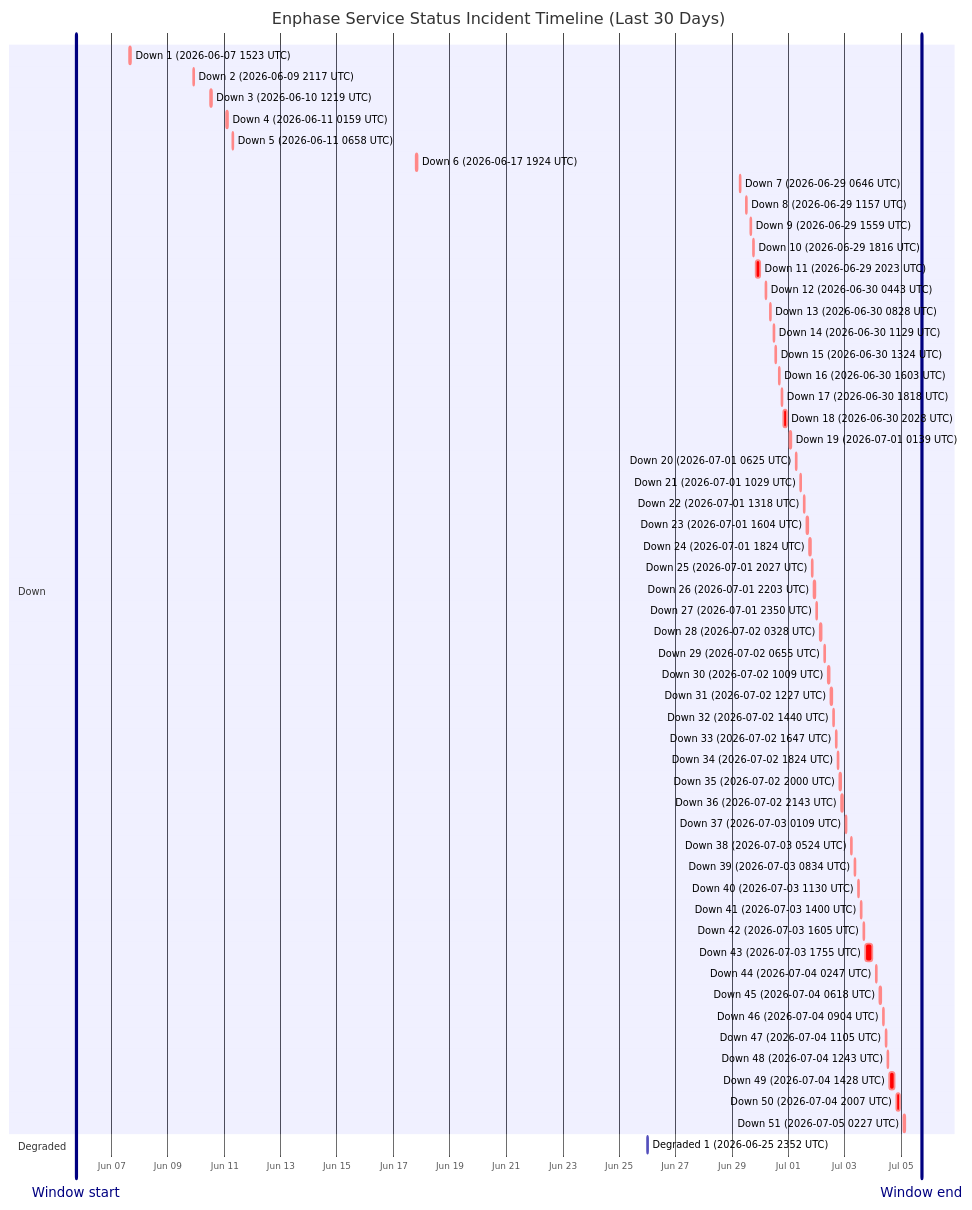
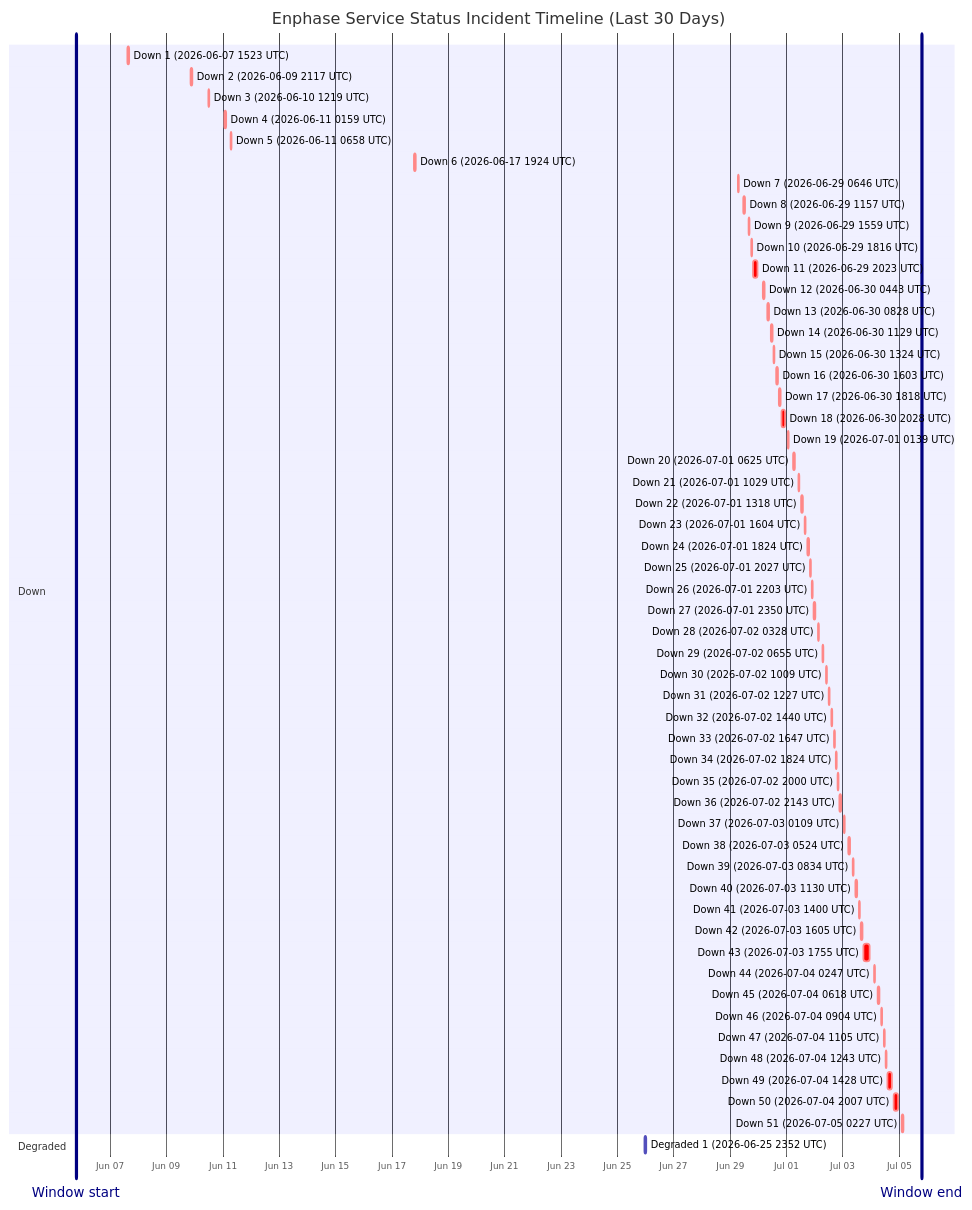
The diagram in wiki/Service-Status-History.md (barneyonline/ha-enphase-energy), drawn with Mermaid before and after one commit. The commit also changed other lines of this file and 3 other files, not shown here.

````diff
--- a/wiki/Service-Status-History.md
+++ b/wiki/Service-Status-History.md
@@ -14,62 +14,62 @@
 ```mermaid
 gantt
     title Enphase Service Status Incident Timeline (Last 30 Days)
     dateFormat  YYYY-MM-DDTHH:mm:ss
     axisFormat  %b %d
-    Window start :vert, window-start, 2026-06-05T17:35:36, 0ms
-    Window end :vert, window-end, 2026-07-05T17:35:36, 0ms
+    Window start :vert, window-start, 2026-06-05T19:15:35, 0ms
+    Window end :vert, window-end, 2026-07-05T19:15:35, 0ms
     section Down
     Down 1 (2026-06-07 1523 UTC) :crit, down-1, 2026-06-07T15:23:22, 87m
     Down 2 (2026-06-09 2117 UTC) :crit, down-2, 2026-06-09T21:17:17, 60m
     Down 3 (2026-06-10 1219 UTC) :crit, down-3, 2026-06-10T12:19:21, 60m
     Down 4 (2026-06-11 0159 UTC) :crit, down-4, 2026-06-11T01:59:36, 60m
     Down 5 (2026-06-11 0658 UTC) :crit, down-5, 2026-06-11T06:58:45, 60m
     Down 6 (2026-06-17 1924 UTC) :crit, down-6, 2026-06-17T19:24:51, 60m
     Down 7 (2026-06-29 0646 UTC) :crit, down-7, 2026-06-29T06:46:18, 60m
     Down 8 (2026-06-29 1157 UTC) :crit, down-8, 2026-06-29T11:57:36, 60m
     Down 9 (2026-06-29 1559 UTC) :crit, down-9, 2026-06-29T15:59:02, 60m
     Down 10 (2026-06-29 1816 UTC) :crit, down-10, 2026-06-29T18:16:38, 60m
     Down 11 (2026-06-29 2023 UTC) :crit, down-11, 2026-06-29T20:23:16, 220m
     Down 12 (2026-06-30 0443 UTC) :crit, down-12, 2026-06-30T04:43:54, 60m
     Down 13 (2026-06-30 0828 UTC) :crit, down-13, 2026-06-30T08:28:43, 60m
     Down 14 (2026-06-30 1129 UTC) :crit, down-14, 2026-06-30T11:29:15, 60m
     Down 15 (2026-06-30 1324 UTC) :crit, down-15, 2026-06-30T13:24:25, 60m
     Down 16 (2026-06-30 1603 UTC) :crit, down-16, 2026-06-30T16:03:26, 60m
     Down 17 (2026-06-30 1818 UTC) :crit, down-17, 2026-06-30T18:18:39, 60m
     Down 18 (2026-06-30 2028 UTC) :crit, down-18, 2026-06-30T20:28:54, 171m
     Down 19 (2026-07-01 0139 UTC) :crit, down-19, 2026-07-01T01:39:18, 60m
     Down 20 (2026-07-01 0625 UTC) :crit, down-20, 2026-07-01T06:25:35, 60m
     Down 21 (2026-07-01 1029 UTC) :crit, down-21, 2026-07-01T10:29:24, 60m
     Down 22 (2026-07-01 1318 UTC) :crit, down-22, 2026-07-01T13:18:31, 60m
     Down 23 (2026-07-01 1604 UTC) :crit, down-23, 2026-07-01T16:04:29, 60m
     Down 24 (2026-07-01 1824 UTC) :crit, down-24, 2026-07-01T18:24:21, 60m
     Down 25 (2026-07-01 2027 UTC) :crit, down-25, 2026-07-01T20:27:17, 60m
     Down 26 (2026-07-01 2203 UTC) :crit, down-26, 2026-07-01T22:03:46, 60m
     Down 27 (2026-07-01 2350 UTC) :crit, down-27, 2026-07-01T23:50:52, 60m
     Down 28 (2026-07-02 0328 UTC) :crit, down-28, 2026-07-02T03:28:33, 60m
     Down 29 (2026-07-02 0655 UTC) :crit, down-29, 2026-07-02T06:55:07, 60m
     Down 30 (2026-07-02 1009 UTC) :crit, down-30, 2026-07-02T10:09:15, 60m
     Down 31 (2026-07-02 1227 UTC) :crit, down-31, 2026-07-02T12:27:49, 60m
     Down 32 (2026-07-02 1440 UTC) :crit, down-32, 2026-07-02T14:40:53, 60m
     Down 33 (2026-07-02 1647 UTC) :crit, down-33, 2026-07-02T16:47:47, 60m
     Down 34 (2026-07-02 1824 UTC) :crit, down-34, 2026-07-02T18:24:26, 60m
     Down 35 (2026-07-02 2000 UTC) :crit, down-35, 2026-07-02T20:00:57, 60m
     Down 36 (2026-07-02 2143 UTC) :crit, down-36, 2026-07-02T21:43:52, 80m
     Down 37 (2026-07-03 0109 UTC) :crit, down-37, 2026-07-03T01:09:19, 60m
     Down 38 (2026-07-03 0524 UTC) :crit, down-38, 2026-07-03T05:24:23, 60m
     Down 39 (2026-07-03 0834 UTC) :crit, down-39, 2026-07-03T08:34:05, 60m
     Down 40 (2026-07-03 1130 UTC) :crit, down-40, 2026-07-03T11:30:41, 60m
     Down 41 (2026-07-03 1400 UTC) :crit, down-41, 2026-07-03T14:00:48, 60m
     Down 42 (2026-07-03 1605 UTC) :crit, down-42, 2026-07-03T16:05:49, 60m
     Down 43 (2026-07-03 1755 UTC) :crit, down-43, 2026-07-03T17:55:54, 338m
     Down 44 (2026-07-04 0247 UTC) :crit, down-44, 2026-07-04T02:47:22, 60m
     Down 45 (2026-07-04 0618 UTC) :crit, down-45, 2026-07-04T06:18:09, 60m
     Down 46 (2026-07-04 0904 UTC) :crit, down-46, 2026-07-04T09:04:41, 60m
     Down 47 (2026-07-04 1105 UTC) :crit, down-47, 2026-07-04T11:05:21, 60m
     Down 48 (2026-07-04 1243 UTC) :crit, down-48, 2026-07-04T12:43:25, 60m
     Down 49 (2026-07-04 1428 UTC) :crit, down-49, 2026-07-04T14:28:07, 243m
     Down 50 (2026-07-04 2007 UTC) :crit, down-50, 2026-07-04T20:07:50, 206m
     Down 51 (2026-07-05 0227 UTC) :crit, down-51, 2026-07-05T02:27:32, 109m
     section Degraded
     Degraded 1 (2026-06-25 2352 UTC) :active, degraded-1, 2026-06-25T23:52:01, 60m
 ```
````
